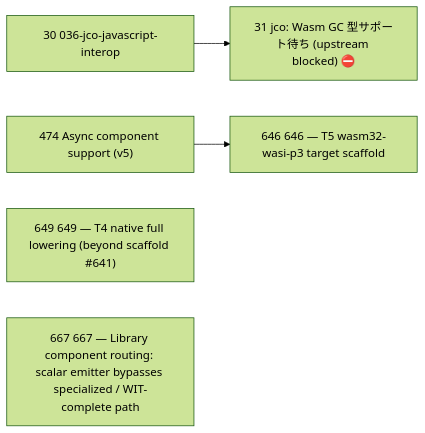
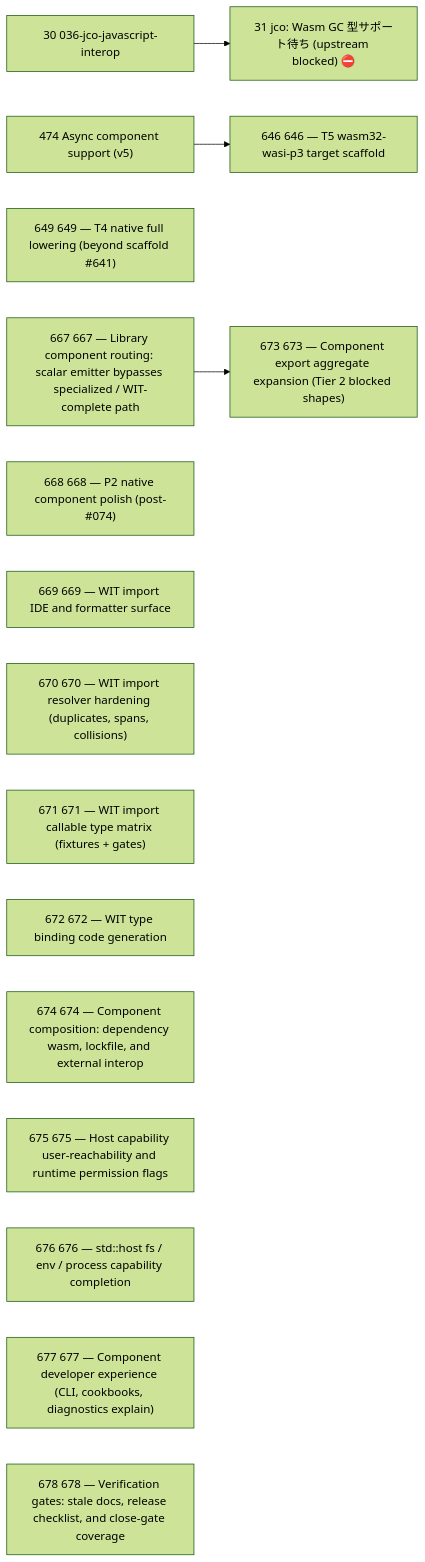
Before and after one commit to wogikaze/arukellt: the diagram in issues/open/dependency-graph.md, drawn with Mermaid (forest theme). The commit also changed other lines of this file and 15 other files, not shown here.

First line of the commit message:
Route component interop gates through s2 selfhost wasm (#667).

````diff
--- a/issues/open/dependency-graph.md
+++ b/issues/open/dependency-graph.md
@@ -7,11 +7,23 @@
 ```mermaid
 graph LR
   I30["30 036-jco-javascript-interop"]
   I474["474 Async component support (v5)"]
   I649["649 649 — T4 native full lowering (beyond scaffold #641)"]
   I667["667 667 — Library component routing: scalar emitter bypasses specialized / WIT-complete path"]
+  I668["668 668 — P2 native component polish (post-#074)"]
+  I669["669 669 — WIT import IDE and formatter surface"]
+  I670["670 670 — WIT import resolver hardening (duplicates, spans, collisions)"]
+  I671["671 671 — WIT import callable type matrix (fixtures + gates)"]
+  I672["672 672 — WIT type binding code generation"]
+  I674["674 674 — Component composition: dependency wasm, lockfile, and external interop"]
+  I675["675 675 — Host capability user-reachability and runtime permission flags"]
+  I676["676 676 — std::host fs / env / process capability completion"]
+  I677["677 677 — Component developer experience (CLI, cookbooks, diagnostics explain)"]
+  I678["678 678 — Verification gates: stale docs, release checklist, and close-gate coverage"]
   I646["646 646 — T5 wasm32-wasi-p3 target scaffold"]
+  I673["673 673 — Component export aggregate expansion (Tier 2 blocked shapes)"]
   I31["31 jco: Wasm GC 型サポート待ち (upstream blocked) ⛔"]
   I474 --> I646
+  I667 --> I673
   I30 --> I31
 ```
````
